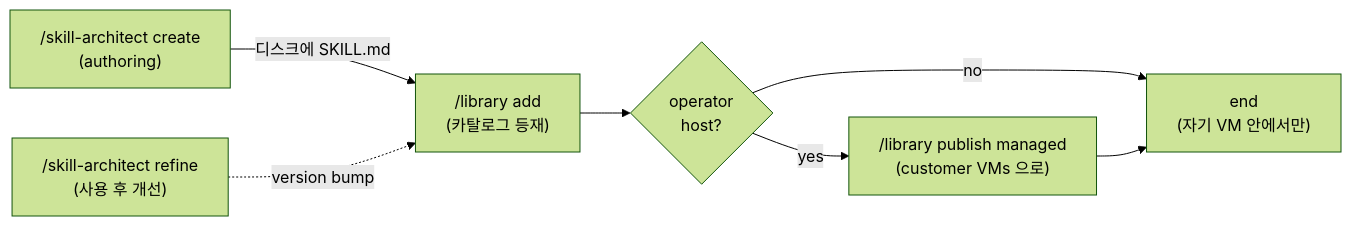
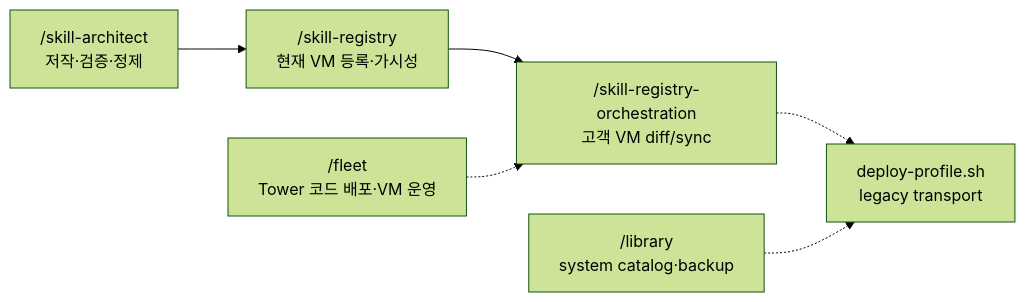
Before and after one commit to juliuschun/the-library: the diagram in SKILL.md, drawn with Mermaid (forest theme). The commit also changed other lines of this file and 3 other files, not shown here.

First line of the commit message:
library: consolidate skill access and registry roles

````diff
--- a/SKILL.md
+++ b/SKILL.md
@@ -55,10 +60,8 @@
 ```mermaid
 flowchart LR
-  AU["/skill-architect create<br/>(authoring)"] -->|"디스크에 SKILL.md"| AD["/library add<br/>(카탈로그 등재)"]
-  AD --> Q{"operator<br/>host?"}
-  Q -->|"yes"| PB["/library publish managed<br/>(customer VMs 으로)"]
-  Q -->|"no"| END["end<br/>(자기 VM 안에서만)"]
-  PB --> END
-
-  REF["/skill-architect refine<br/>(사용 후 개선)"] -.->|"version bump"| AD
+  SA["/skill-architect<br/>저작·검증·정제"] --> SR["/skill-registry<br/>현재 VM 등록·가시성"]
+  SR --> SRO["/skill-registry-orchestration<br/>고객 VM diff/sync"]
+  SRO -.-> DP["deploy-profile.sh<br/>legacy transport"]
+  LIB["/library<br/>system catalog·backup"] -.-> DP
+  FL["/fleet<br/>Tower 코드 배포·VM 운영"] -.-> SRO
 ```
````
